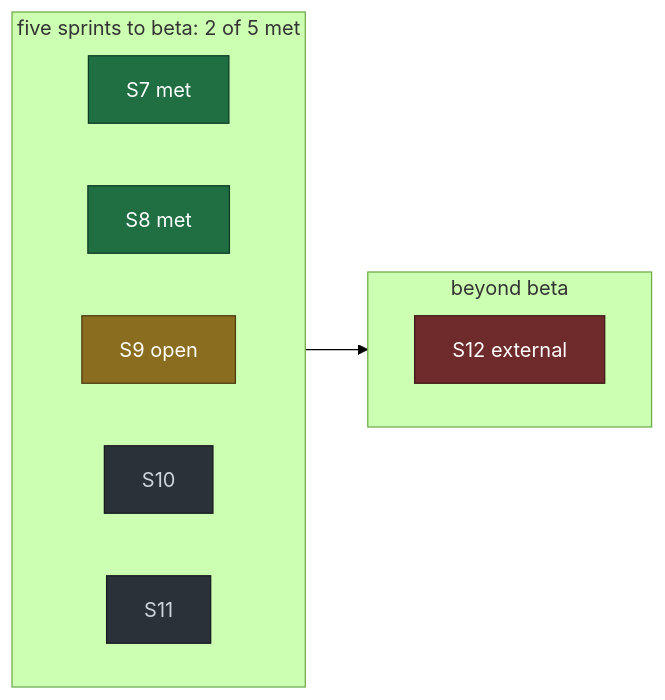
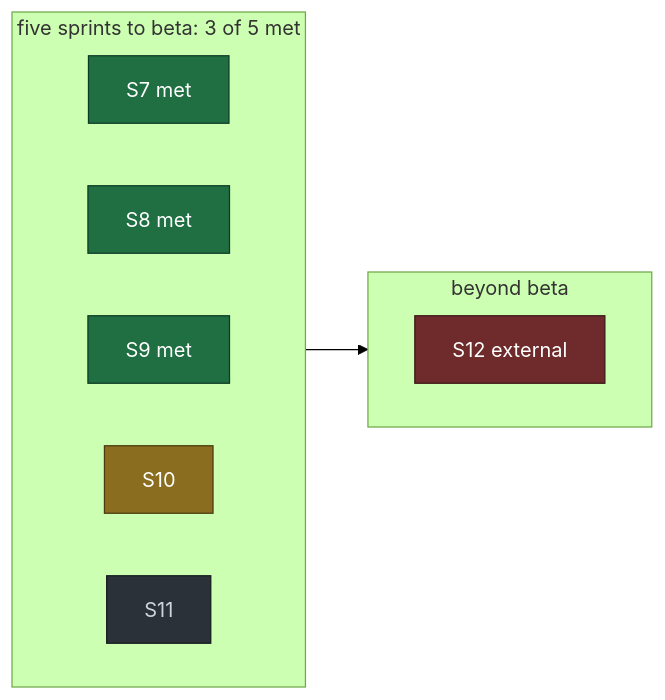
One commit to jerzy99jerzy/air-alert-early-warning changed the second of 2 diagrams in docs/MVP.md. Above: the diagram before and after it, drawn with Mermaid (forest theme). The commit also changed other lines of this file and 24 other files, not shown here.

````diff
--- a/docs/MVP.md
+++ b/docs/MVP.md
@@ -259,26 +259,26 @@
 ```mermaid
 flowchart LR
-    subgraph P["five sprints to beta: 2 of 5 met"]
+    subgraph P["five sprints to beta: 3 of 5 met"]
         direction LR
         A["S7 met"]
         B["S8 met"]
-        C["S9 open"]
+        C["S9 met"]
         D["S10"]
         E["S11"]
     end
     subgraph Q["beyond beta"]
         direction LR
         F["S12 external"]
     end
     P --> Q
 
     classDef met fill:#1f6f43,stroke:#0d3b24,color:#ffffff
     classDef running fill:#8a6d1f,stroke:#4a3a10,color:#ffffff
     classDef todo fill:#2b3138,stroke:#161a1f,color:#cdd6de
     classDef blocked fill:#6f2b2b,stroke:#3b1616,color:#ffffff
 
-    class A,B met
-    class C running
-    class D,E todo
+    class A,B,C met
+    class D running
+    class E todo
     class F blocked
 ```
````
